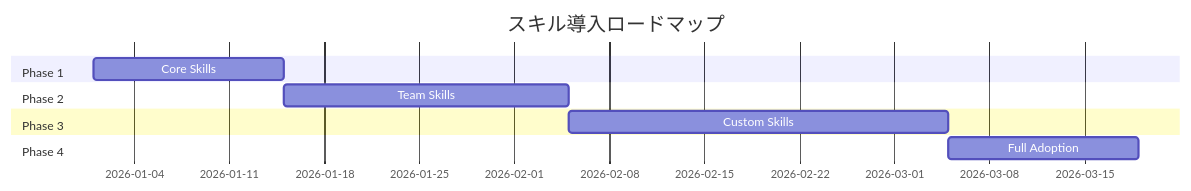
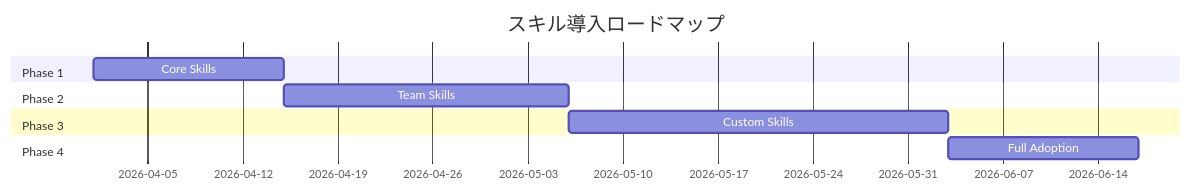
Before and after one commit to shinyaz/shinyaz.com: the fourth of 4 diagrams in content/posts/ja/claude-code-team-productivity.mdx, drawn with Mermaid. The commit also changed other lines of this file and 5 other files, not shown here.

````diff
--- a/content/posts/ja/claude-code-team-productivity.mdx
+++ b/content/posts/ja/claude-code-team-productivity.mdx
@@ -271,12 +271,12 @@
 ```mermaid
 gantt
     title スキル導入ロードマップ
     section Phase 1
-    Core Skills     :a1, 2026-01-01, 2w
+    Core Skills     :a1, 2026-04-01, 2w
     section Phase 2
     Team Skills     :a2, after a1, 3w
     section Phase 3
     Custom Skills   :a3, after a2, 4w
     section Phase 4
     Full Adoption   :a4, after a3, 2w
 ```
````
